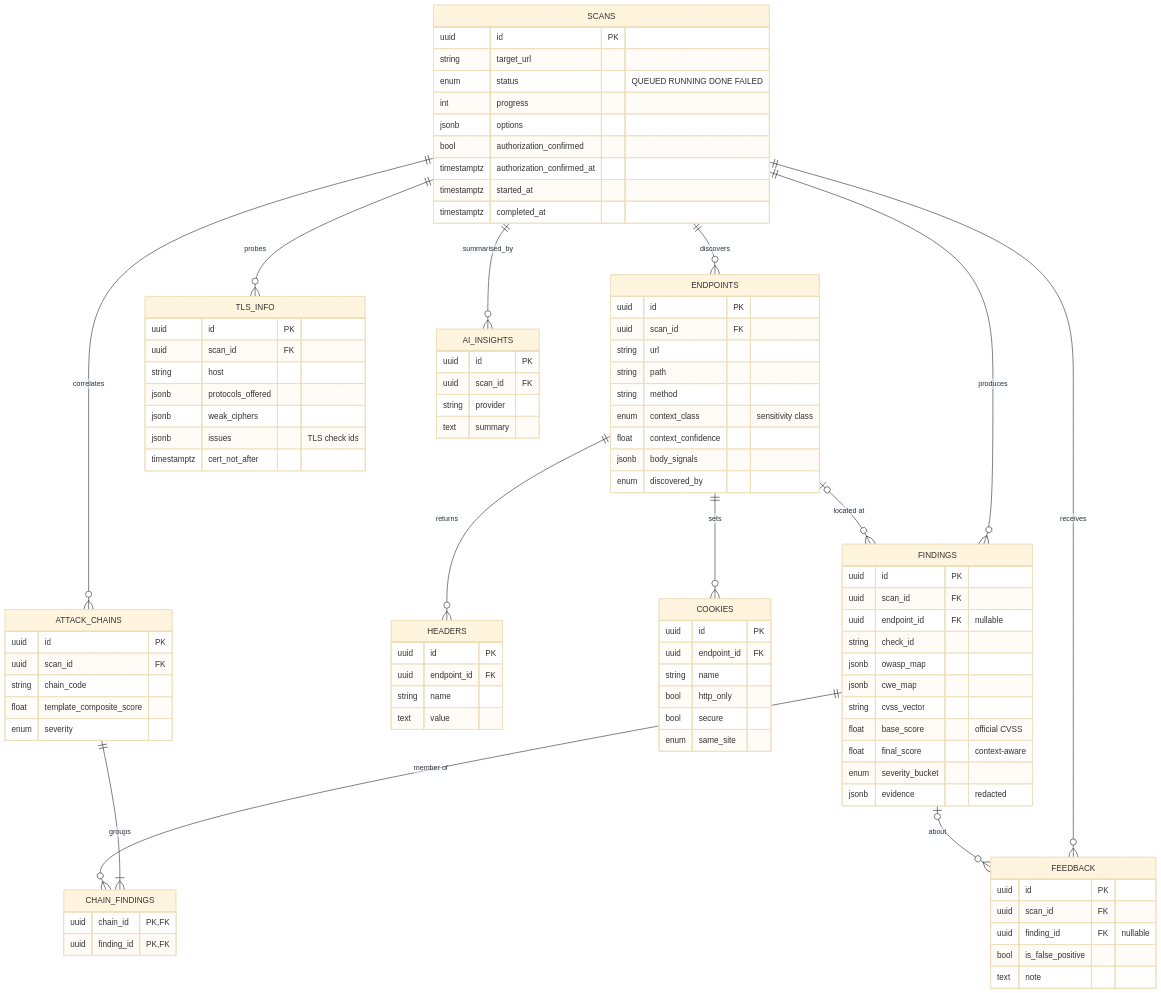
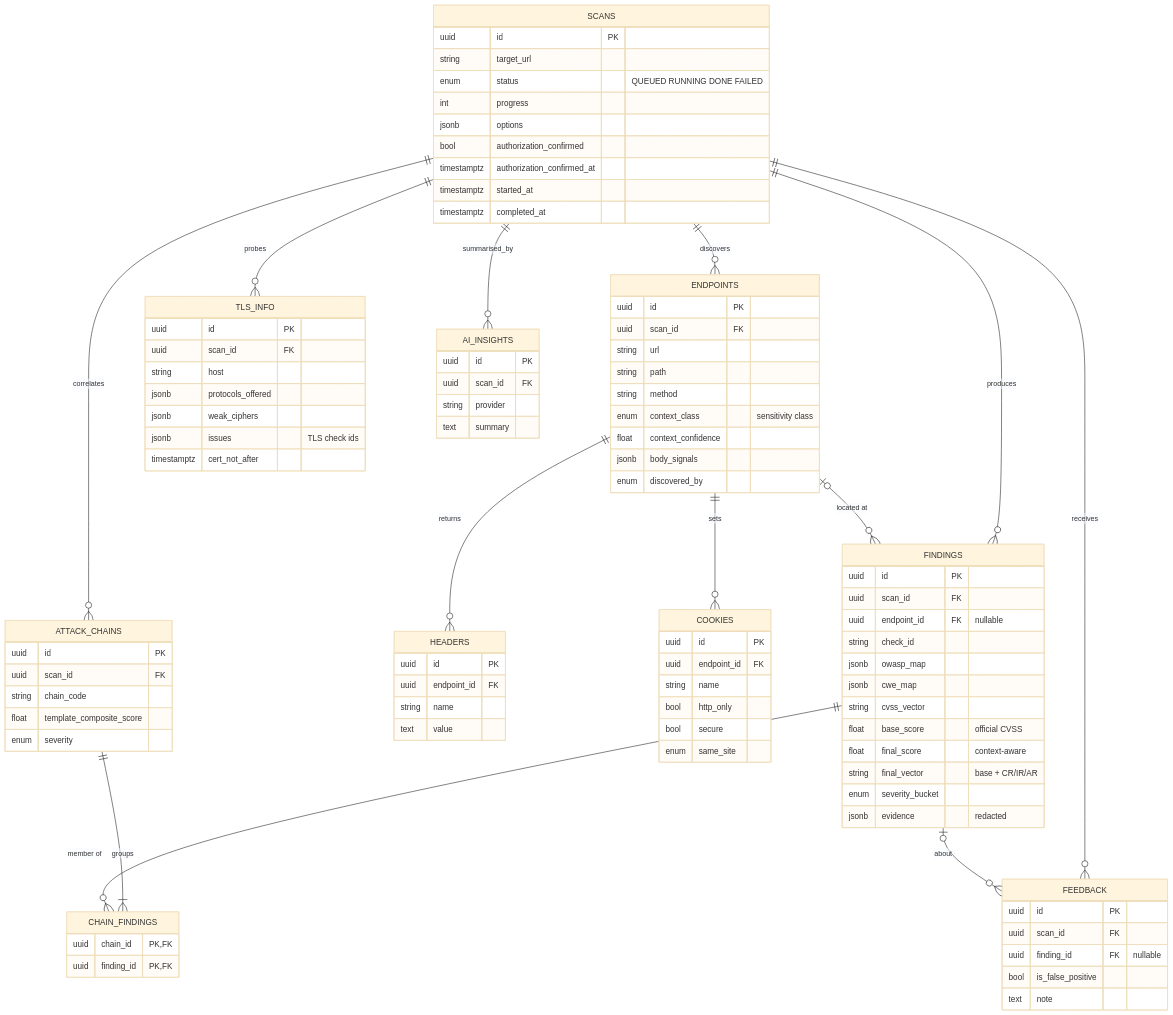
One commit to Asimshakeel13/Context-Aware-Web-and-API-Security-Misconfiguration-Analyzer changed the diagram in docs/schema.md. Above: the diagram before and after it, drawn with Mermaid (base theme). The commit also changed other lines of this file and 9 other files, not shown here.

```diff
--- a/docs/schema.md
+++ b/docs/schema.md
@@ -139,6 +140,7 @@
         string cvss_vector
         float base_score "official CVSS"
         float final_score "context-aware"
+        string final_vector "base + CR/IR/AR"
         enum severity_bucket
         jsonb evidence "redacted"
     }
```
